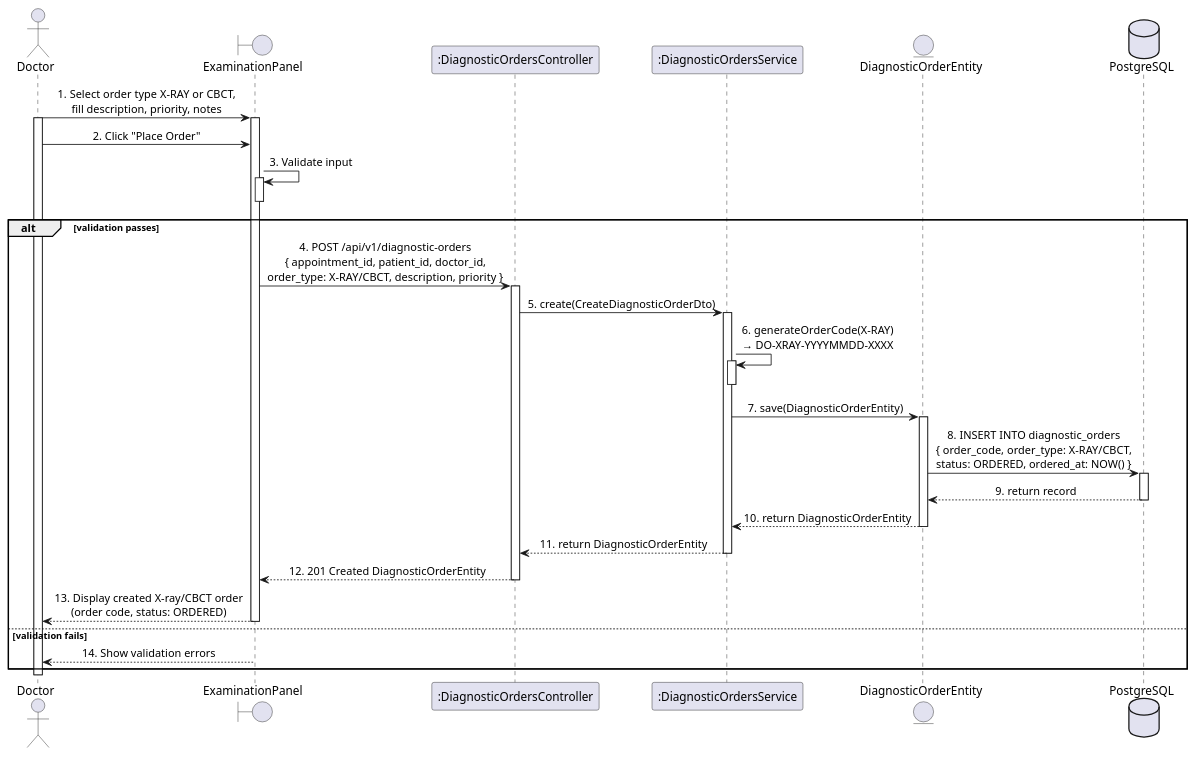
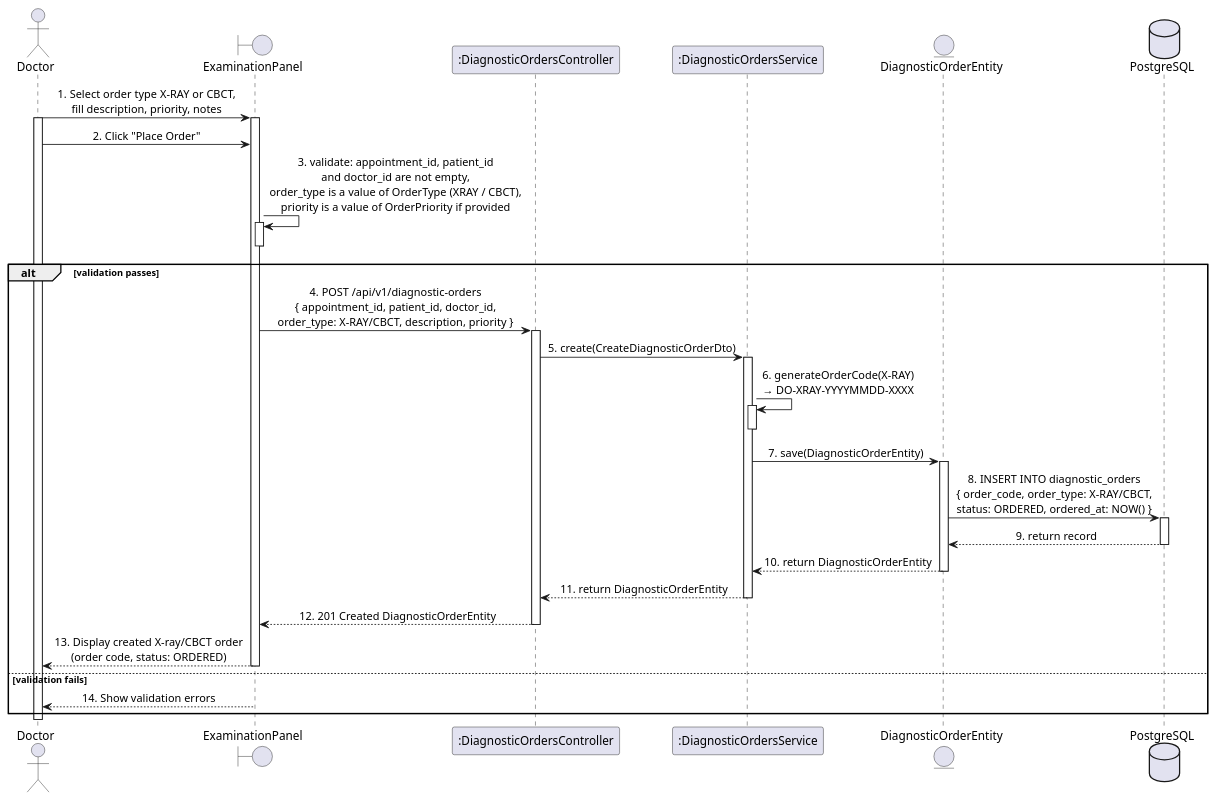
One commit to LTPPPP/Smart-Medical-Intelligent-Ledger-for-E-health-S.M.I.L.E- changed the diagram in docs/sequence-diagram/UC76_OrderXrayCBCT.puml. Above: the diagram before and after it, drawn with PlantUML. The commit also changed 31 other files, not shown here.

```diff
--- a/docs/sequence-diagram/UC76_OrderXrayCBCT.puml
+++ b/docs/sequence-diagram/UC76_OrderXrayCBCT.puml
@@ -1,54 +1,54 @@
 @startuml SequenceDiagram
 skinparam shadowing false
 skinparam sequenceMessageAlign center
 actor "Doctor" as user
 boundary "ExaminationPanel" as form
 participant ":DiagnosticOrdersController" as ctrl
 participant ":DiagnosticOrdersService" as orderSvc
 entity "DiagnosticOrderEntity" as orderEntity
 database "PostgreSQL" as db
 
 user -> form : 1. Select order type X-RAY or CBCT,\nfill description, priority, notes
 activate user
 activate form
 
 user -> form : 2. Click "Place Order"
-form -> form : 3. Validate input
+form -> form : 3. validate: appointment_id, patient_id\nand doctor_id are not empty,\norder_type is a value of OrderType (XRAY / CBCT),\npriority is a value of OrderPriority if provided
 activate form
 deactivate form
 alt validation passes
   form -> ctrl : 4. POST /api/v1/diagnostic-orders\n{ appointment_id, patient_id, doctor_id,\norder_type: X-RAY/CBCT, description, priority }
   activate ctrl
 
   ctrl -> orderSvc : 5. create(CreateDiagnosticOrderDto)
   activate orderSvc
 
   orderSvc -> orderSvc : 6. generateOrderCode(X-RAY)\n→ DO-XRAY-YYYYMMDD-XXXX
   activate orderSvc
   deactivate orderSvc
 
   orderSvc -> orderEntity : 7. save(DiagnosticOrderEntity)
   activate orderEntity
   orderEntity -> db : 8. INSERT INTO diagnostic_orders\n{ order_code, order_type: X-RAY/CBCT,\nstatus: ORDERED, ordered_at: NOW() }
   activate db
   db --> orderEntity : 9. return record
   deactivate db
   orderEntity --> orderSvc : 10. return DiagnosticOrderEntity
   deactivate orderEntity
 
   orderSvc --> ctrl : 11. return DiagnosticOrderEntity
   deactivate orderSvc
 
   ctrl --> form : 12. 201 Created DiagnosticOrderEntity
   deactivate ctrl
 
   form --> user : 13. Display created X-ray/CBCT order\n(order code, status: ORDERED)
   deactivate form
 else validation fails
   form --> user : 14. Show validation errors
   deactivate form
 end
 
 deactivate user
 
 @enduml
```
